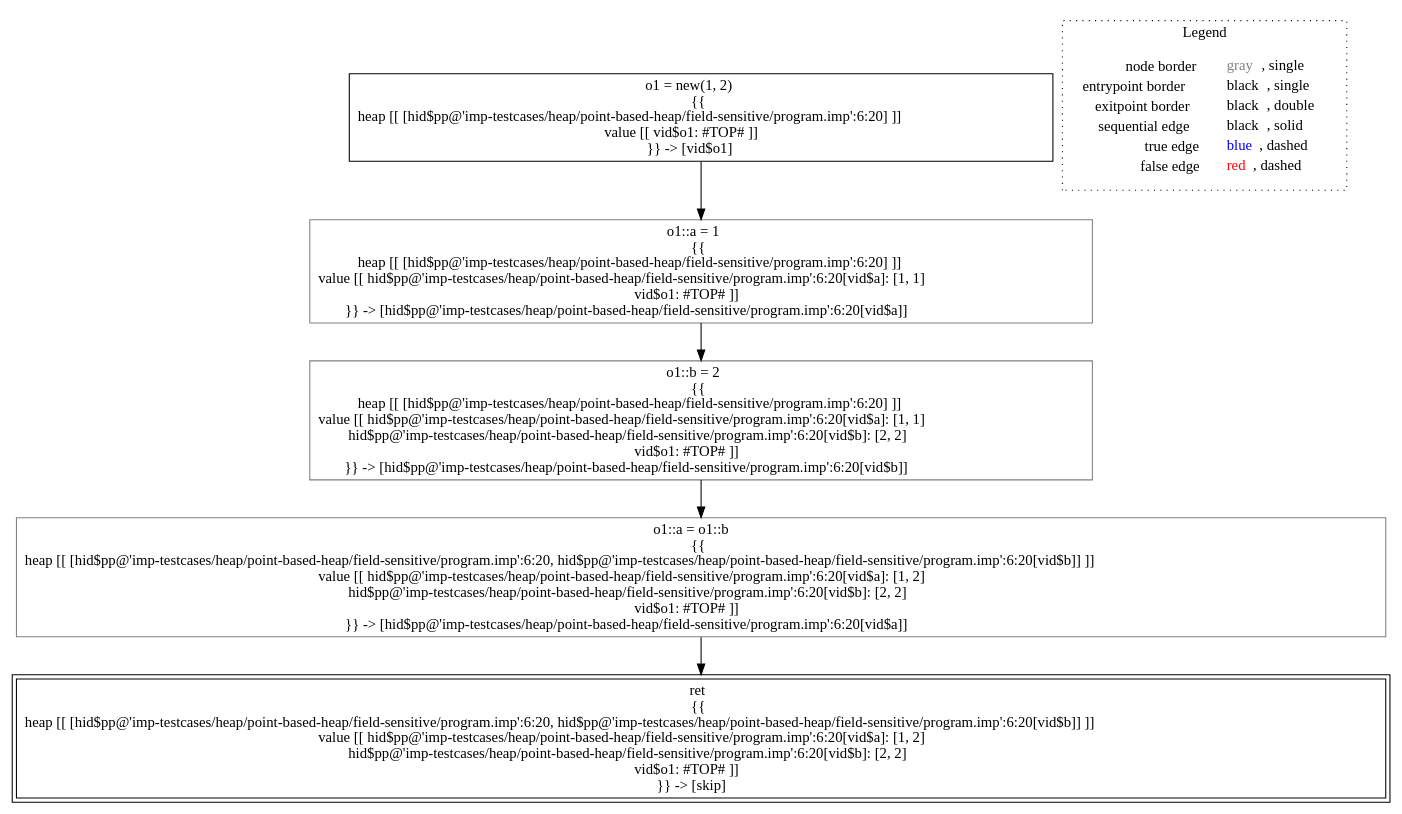
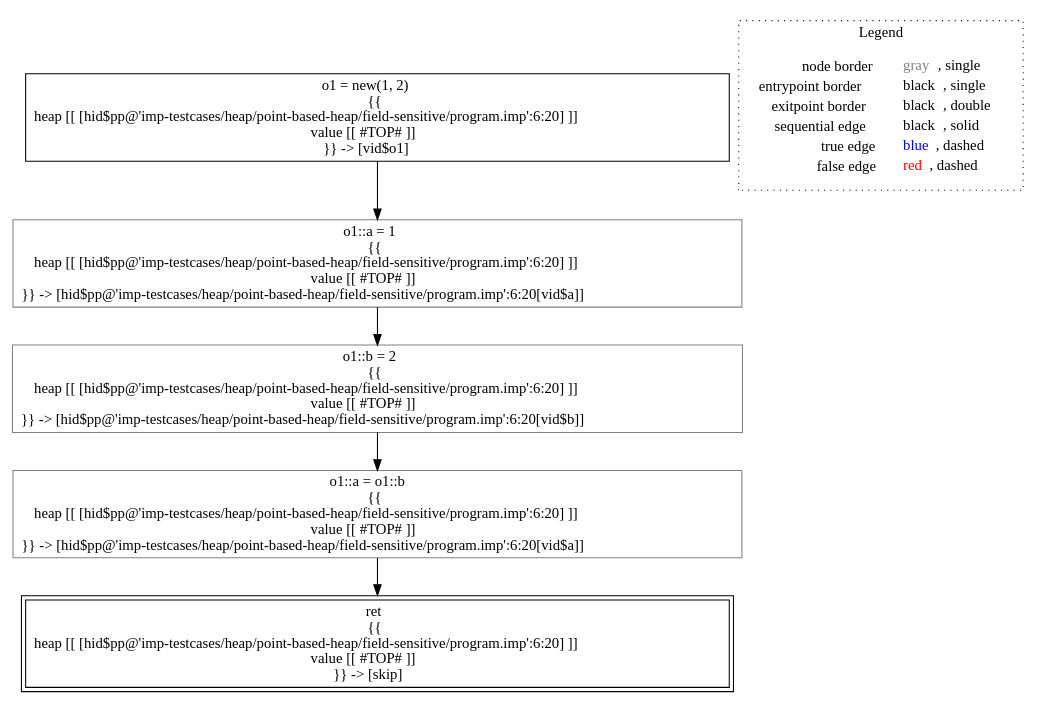
The diagram in lisa/imp-testcases/heap/point-based-heap/field-sensitive/analysis___untyped_A.f1(A_this).dot (lisa-analyzer/lisa), drawn with Graphviz before and after one commit. The commit also changed 15 other files, not shown here.

Commit message:
restored old point-based heap, canProcess method for non relational domains

```diff
--- a/lisa/imp-testcases/heap/point-based-heap/field-sensitive/analysis___untyped_A.f1(A_this).dot
+++ b/lisa/imp-testcases/heap/point-based-heap/field-sensitive/analysis___untyped_A.f1(A_this).dot
@@ -1,18 +1,18 @@
 digraph {
-	"node0" [shape="rect",color="black",label=<o1 = new(1, 2)<BR/>{{<BR/>heap [[ [hid$pp@'imp-testcases/heap/point-based-heap/field-sensitive/program.imp':6:20] ]]<BR/>value [[ vid$o1: #TOP# ]]<BR/>}} -&gt; [vid$o1]>];
-	"node1" [shape="rect",color="gray",label=<o1::a = o1::b<BR/>{{<BR/>heap [[ [hid$pp@'imp-testcases/heap/point-based-heap/field-sensitive/program.imp':6:20, hid$pp@'imp-testcases/heap/point-based-heap/field-sensitive/program.imp':6:20[vid$b]] ]]<BR/>value [[ hid$pp@'imp-testcases/heap/point-based-heap/field-sensitive/program.imp':6:20[vid$a]: [1, 2]<BR/>hid$pp@'imp-testcases/heap/point-based-heap/field-sensitive/program.imp':6:20[vid$b]: [2, 2]<BR/>vid$o1: #TOP# ]]<BR/>}} -&gt; [hid$pp@'imp-testcases/heap/point-based-heap/field-sensitive/program.imp':6:20[vid$a]]>];
-	"node2" [shape="rect",color="gray",label=<o1::b = 2<BR/>{{<BR/>heap [[ [hid$pp@'imp-testcases/heap/point-based-heap/field-sensitive/program.imp':6:20] ]]<BR/>value [[ hid$pp@'imp-testcases/heap/point-based-heap/field-sensitive/program.imp':6:20[vid$a]: [1, 1]<BR/>hid$pp@'imp-testcases/heap/point-based-heap/field-sensitive/program.imp':6:20[vid$b]: [2, 2]<BR/>vid$o1: #TOP# ]]<BR/>}} -&gt; [hid$pp@'imp-testcases/heap/point-based-heap/field-sensitive/program.imp':6:20[vid$b]]>];
-	"node3" [shape="rect",color="gray",label=<o1::a = 1<BR/>{{<BR/>heap [[ [hid$pp@'imp-testcases/heap/point-based-heap/field-sensitive/program.imp':6:20] ]]<BR/>value [[ hid$pp@'imp-testcases/heap/point-based-heap/field-sensitive/program.imp':6:20[vid$a]: [1, 1]<BR/>vid$o1: #TOP# ]]<BR/>}} -&gt; [hid$pp@'imp-testcases/heap/point-based-heap/field-sensitive/program.imp':6:20[vid$a]]>];
-	"node4" [shape="rect",color="black",peripheries="2",label=<ret<BR/>{{<BR/>heap [[ [hid$pp@'imp-testcases/heap/point-based-heap/field-sensitive/program.imp':6:20, hid$pp@'imp-testcases/heap/point-based-heap/field-sensitive/program.imp':6:20[vid$b]] ]]<BR/>value [[ hid$pp@'imp-testcases/heap/point-based-heap/field-sensitive/program.imp':6:20[vid$a]: [1, 2]<BR/>hid$pp@'imp-testcases/heap/point-based-heap/field-sensitive/program.imp':6:20[vid$b]: [2, 2]<BR/>vid$o1: #TOP# ]]<BR/>}} -&gt; [skip]>];
-	"node1" -> "node4" [color="black"];
-	"node0" -> "node3" [color="black"];
-	"node2" -> "node1" [color="black"];
-	"node3" -> "node2" [color="black"];
+	"node0" [shape="rect",color="black",label=<o1 = new(1, 2)<BR/>{{<BR/>heap [[ [hid$pp@'imp-testcases/heap/point-based-heap/field-sensitive/program.imp':6:20] ]]<BR/>value [[ #TOP# ]]<BR/>}} -&gt; [vid$o1]>];
+	"node1" [shape="rect",color="gray",label=<o1::a = 1<BR/>{{<BR/>heap [[ [hid$pp@'imp-testcases/heap/point-based-heap/field-sensitive/program.imp':6:20] ]]<BR/>value [[ #TOP# ]]<BR/>}} -&gt; [hid$pp@'imp-testcases/heap/point-based-heap/field-sensitive/program.imp':6:20[vid$a]]>];
+	"node2" [shape="rect",color="black",peripheries="2",label=<ret<BR/>{{<BR/>heap [[ [hid$pp@'imp-testcases/heap/point-based-heap/field-sensitive/program.imp':6:20] ]]<BR/>value [[ #TOP# ]]<BR/>}} -&gt; [skip]>];
+	"node3" [shape="rect",color="gray",label=<o1::b = 2<BR/>{{<BR/>heap [[ [hid$pp@'imp-testcases/heap/point-based-heap/field-sensitive/program.imp':6:20] ]]<BR/>value [[ #TOP# ]]<BR/>}} -&gt; [hid$pp@'imp-testcases/heap/point-based-heap/field-sensitive/program.imp':6:20[vid$b]]>];
+	"node4" [shape="rect",color="gray",label=<o1::a = o1::b<BR/>{{<BR/>heap [[ [hid$pp@'imp-testcases/heap/point-based-heap/field-sensitive/program.imp':6:20] ]]<BR/>value [[ #TOP# ]]<BR/>}} -&gt; [hid$pp@'imp-testcases/heap/point-based-heap/field-sensitive/program.imp':6:20[vid$a]]>];
+	"node1" -> "node3" [color="black"];
+	"node3" -> "node4" [color="black"];
+	"node4" -> "node2" [color="black"];
+	"node0" -> "node1" [color="black"];
 subgraph cluster_legend {
 	label="Legend";
 	style=dotted;
 	node [shape=plaintext];
 	"legend" [label=<<table border="0" cellpadding="2" cellspacing="0" cellborder="0"><tr><td align="right">node border&nbsp;</td><td align="left"><font color="gray">gray</font>, single</td></tr><tr><td align="right">entrypoint border&nbsp;</td><td align="left"><font color="black">black</font>, single</td></tr><tr><td align="right">exitpoint border&nbsp;</td><td align="left"><font color="black">black</font>, double</td></tr><tr><td align="right">sequential edge&nbsp;</td><td align="left"><font color="black">black</font>, solid</td></tr><tr><td align="right">true edge&nbsp;</td><td align="left"><font color="blue">blue</font>, dashed</td></tr><tr><td align="right">false edge&nbsp;</td><td align="left"><font color="red">red</font>, dashed</td></tr></table>>];
 }
 
 }
```
